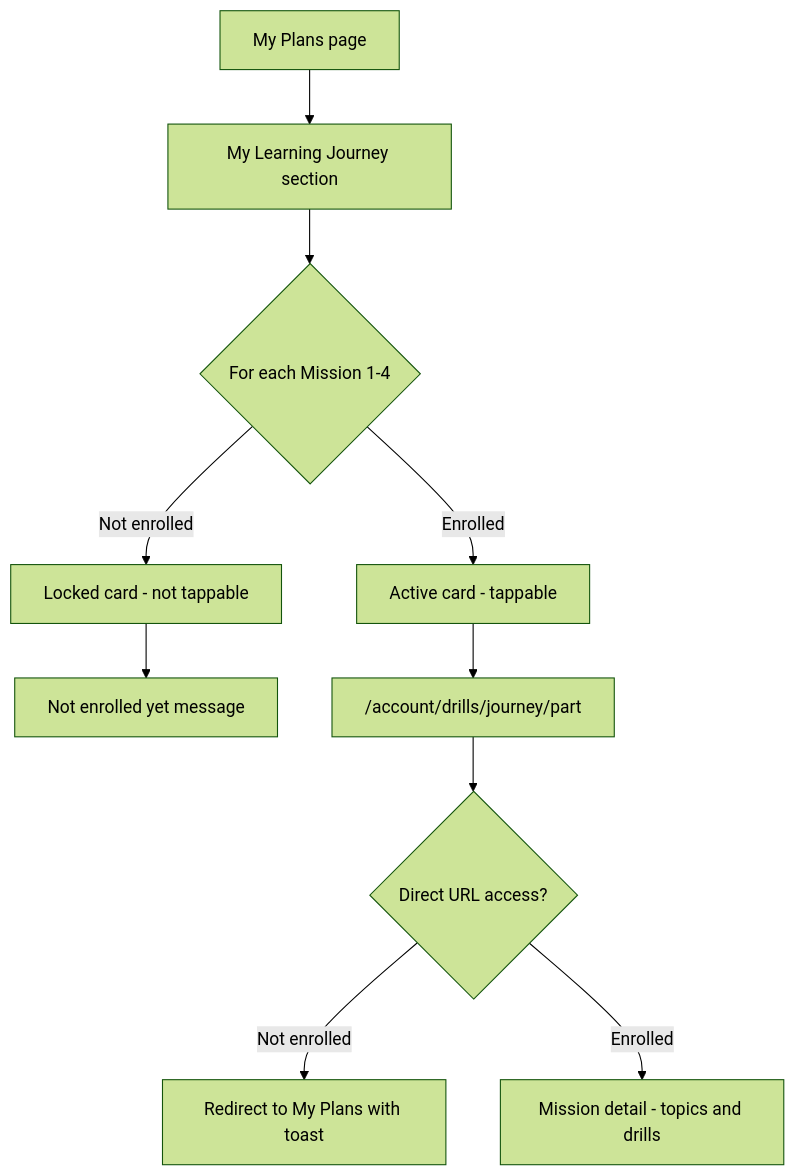
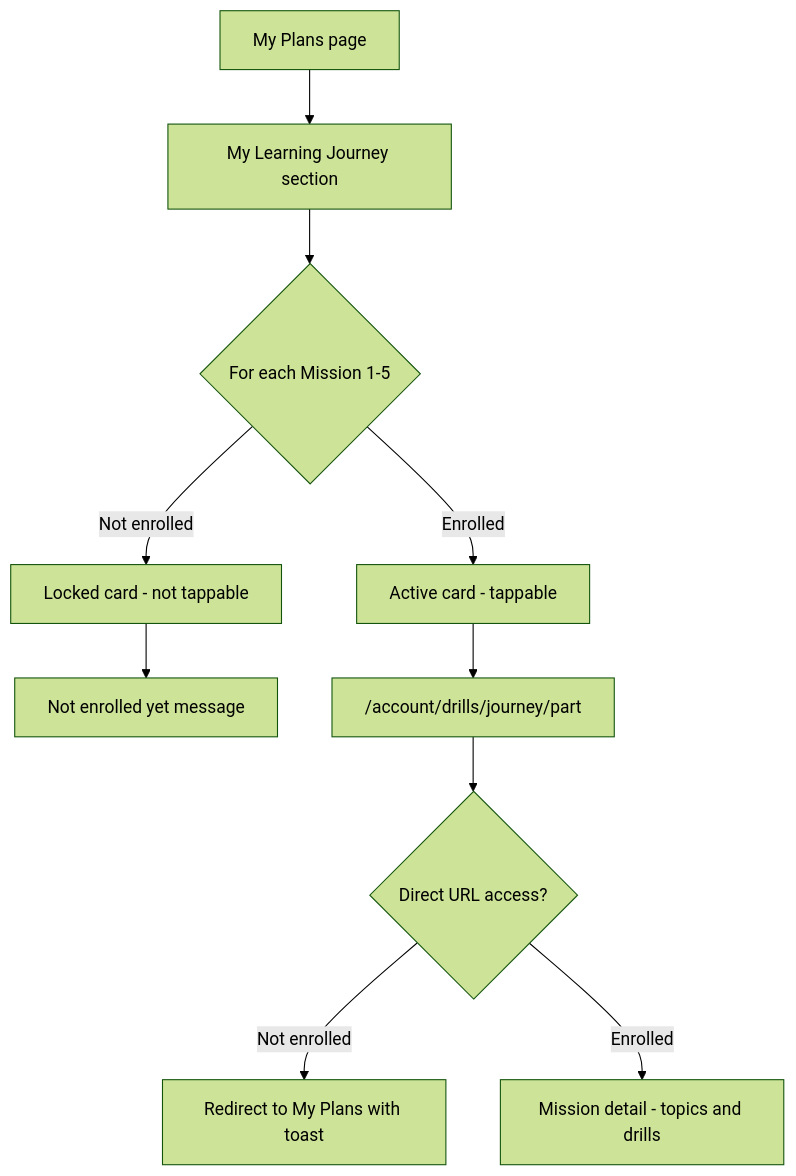
The third of 4 diagrams in docs/learning-journey-mission-enrollment.md (Eklan-UK/eklana-ai-frontend), drawn with Mermaid (forest theme) before and after one commit. The commit also changed other lines of this file and 35 other files, not shown here.

````diff
--- a/docs/learning-journey-mission-enrollment.md
+++ b/docs/learning-journey-mission-enrollment.md
@@ -170,12 +172,12 @@
 ```mermaid
 flowchart TD
   A[My Plans page] --> B[My Learning Journey section]
-  B --> C{For each Mission 1-4}
+  B --> C{For each Mission 1-5}
   C -->|Enrolled| D[Active card - tappable]
   C -->|Not enrolled| E[Locked card - not tappable]
   E --> F["Not enrolled yet" message]
   D --> G["/account/drills/journey/part"]
   G --> H{Direct URL access?}
   H -->|Not enrolled| I[Redirect to My Plans with toast]
   H -->|Enrolled| J[Mission detail - topics and drills]
 ```
````
